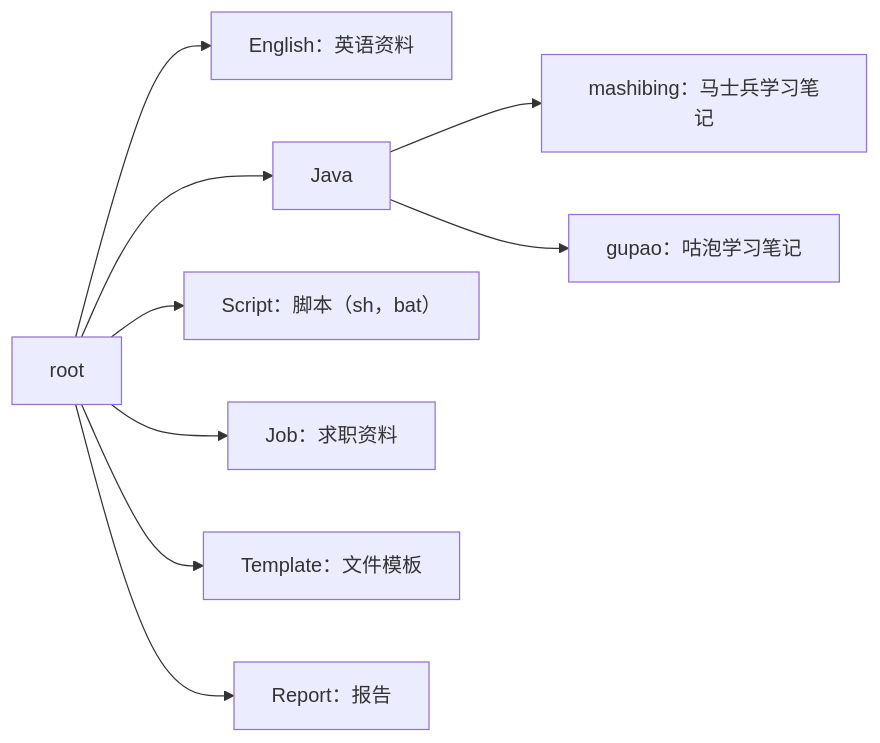
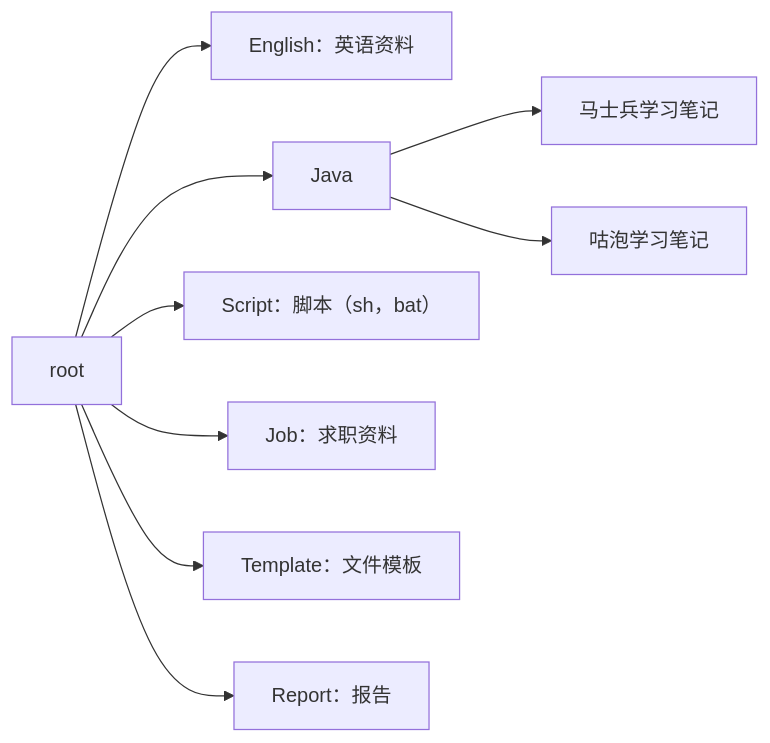
The diagram in README.md (namelessmyth/beFreeCoder), drawn with Mermaid before and after one commit. The commit also changed other lines of this file and 4 other files, not shown here.

````diff
--- a/README.md
+++ b/README.md
@@ -12,12 +14,13 @@
-~~~mermaid
+```mermaid
 flowchart LR
-root-->English[English：英语资料]
-root-->Java
-root-->Script[Script：脚本（sh，bat）]
-root-->Job[Job：求职资料]
-root-->Template[Template：文件模板]
-root-->Report[Report：报告]
 
-Java-->mashibing[mashibing：马士兵学习笔记]
-Java-->gupao[gupao：咕泡学习笔记]
-~~~
+root-->English["English：英语资料"]
+root-->Java["Java"]
+root-->Script["Script：脚本（sh，bat）"]
+root-->Job["Job：求职资料"]
+root-->Template["Template：文件模板"]
+root-->Report["Report：报告"]
+
+Java-->mashibing[马士兵学习笔记]
+Java-->gupao[咕泡学习笔记]
+```
````
